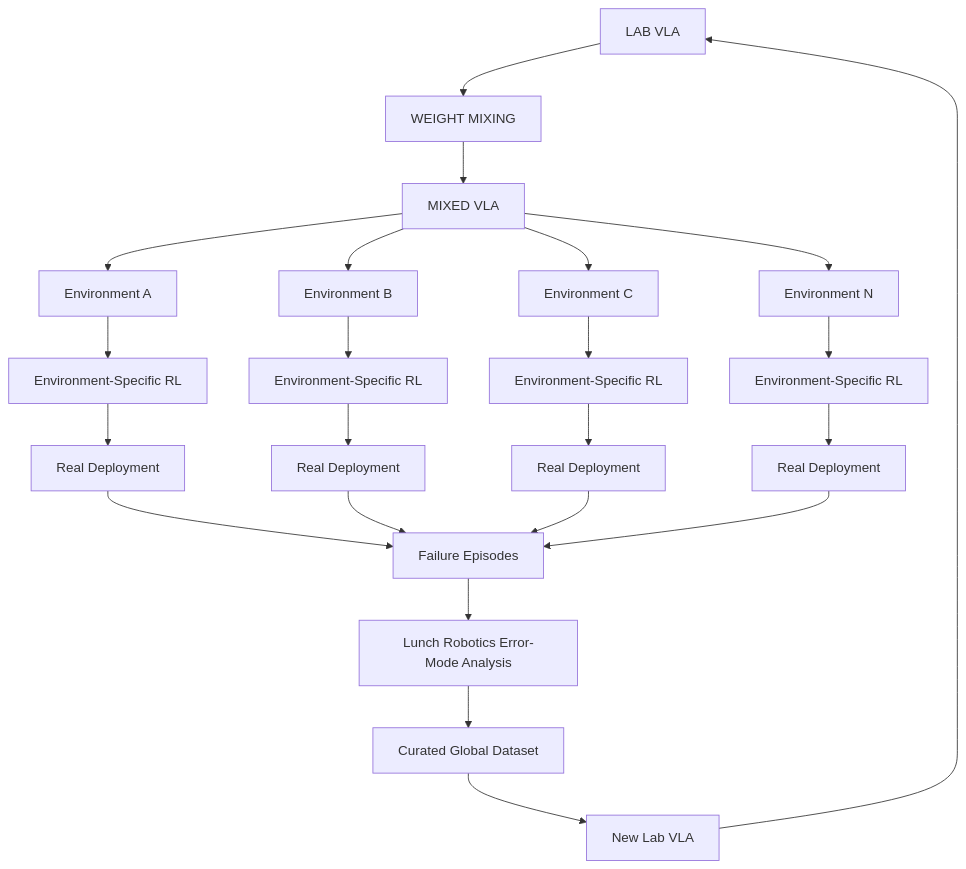
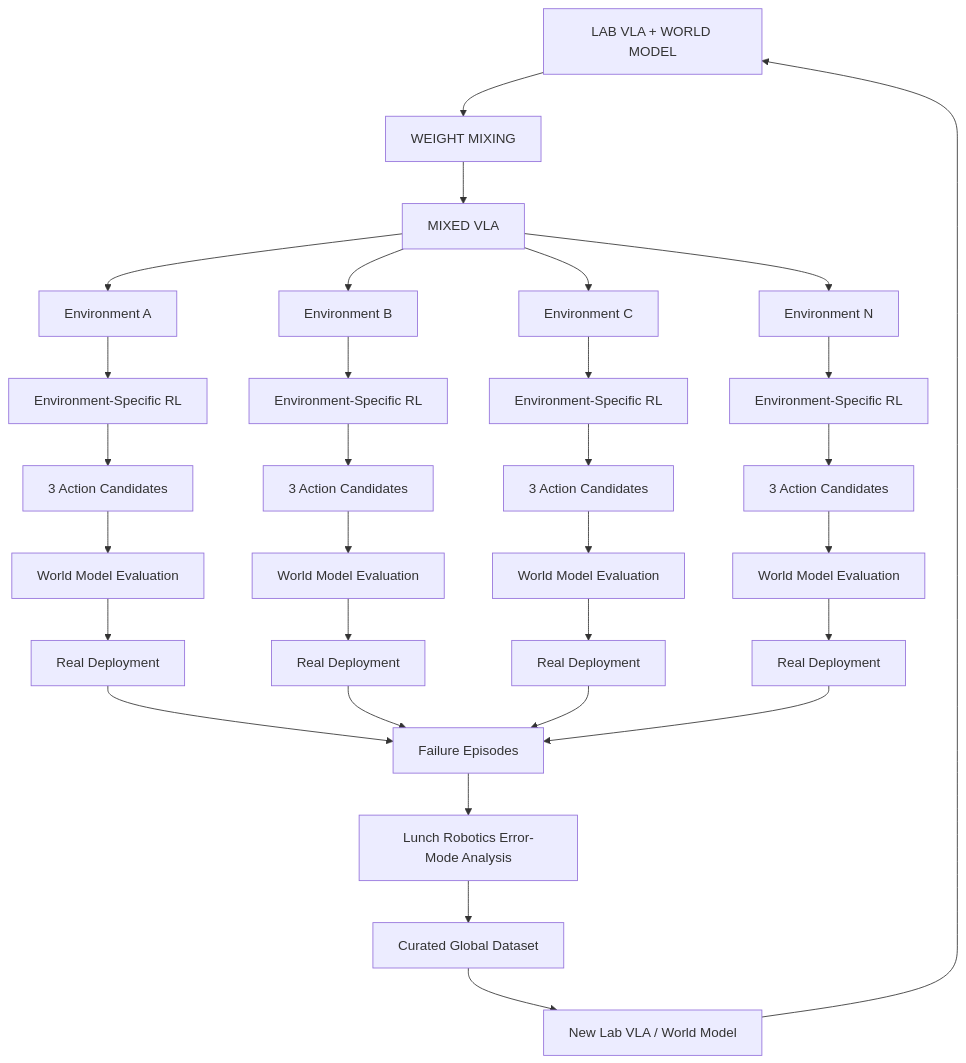
Before and after one commit to Freelunch-AI/freelunch-ide: the tenth of 14 diagrams in docs/specs/post-demo/lunch_robotics.md, drawn with Mermaid. The commit also changed other lines of this file, not shown here.

````diff
--- a/docs/specs/post-demo/lunch_robotics.md
+++ b/docs/specs/post-demo/lunch_robotics.md
@@ -942,33 +1828,43 @@
 ```mermaid
 flowchart TD
-    A["LAB VLA"] --> B["WEIGHT MIXING"]
+    A["LAB VLA + WORLD MODEL"] --> B["WEIGHT MIXING"]
     B --> C["MIXED VLA"]
 
     C --> D["Environment A"]
     C --> E["Environment B"]
     C --> F["Environment C"]
     C --> G["Environment N"]
 
     D --> D1["Environment-Specific RL"]
     E --> E1["Environment-Specific RL"]
     F --> F1["Environment-Specific RL"]
     G --> G1["Environment-Specific RL"]
 
-    D1 --> D2["Real Deployment"]
-    E1 --> E2["Real Deployment"]
-    F1 --> F2["Real Deployment"]
-    G1 --> G2["Real Deployment"]
+    D1 --> D2["3 Action Candidates"]
+    E1 --> E2["3 Action Candidates"]
+    F1 --> F2["3 Action Candidates"]
+    G1 --> G2["3 Action Candidates"]
 
-    D2 --> H["Failure Episodes"]
-    E2 --> H
-    F2 --> H
-    G2 --> H
+    D2 --> H["World Model Evaluation"]
+    E2 --> I["World Model Evaluation"]
+    F2 --> J["World Model Evaluation"]
+    G2 --> K["World Model Evaluation"]
 
-    H --> I["Lunch Robotics Error-Mode Analysis"]
+    H --> L["Real Deployment"]
+    I --> M["Real Deployment"]
+    J --> N["Real Deployment"]
+    K --> O["Real Deployment"]
 
-    I --> J["Curated Global Dataset"]
+    L --> P["Failure Episodes"]
+    M --> P
+    N --> P
+    O --> P
 
-    J --> K["New Lab VLA"]
+    P --> Q["Lunch Robotics Error-Mode Analysis"]
 
-    K --> A
+    Q --> R["Curated Global Dataset"]
+
+    R --> S["New Lab VLA / World Model"]
+
+    S --> A
 ```
````
